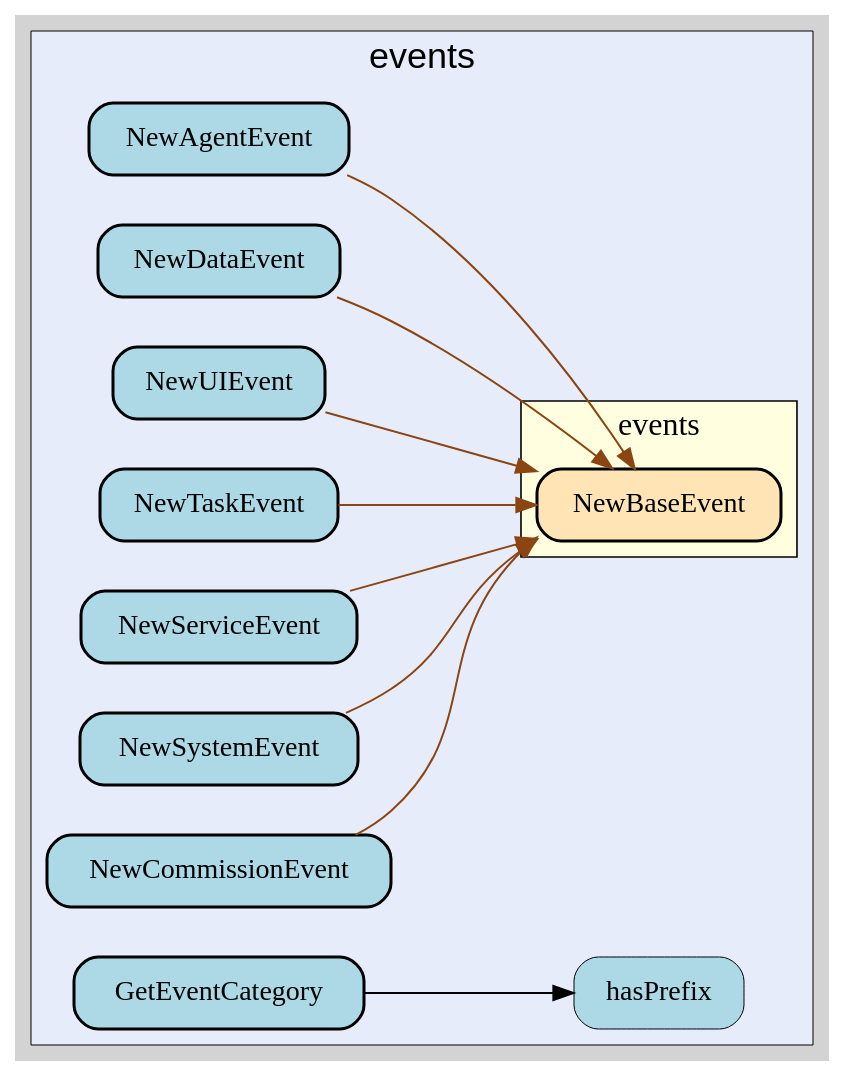
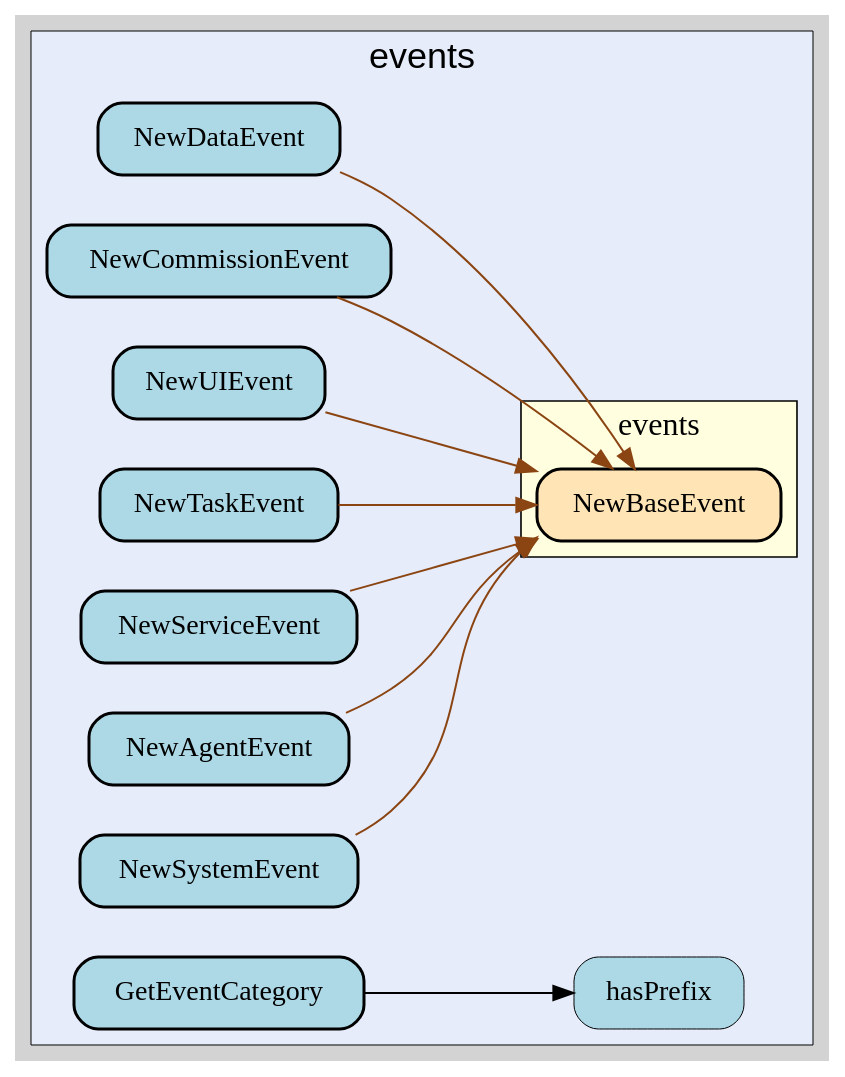
One commit to lancekrogers/guild-core changed the diagram in docs/images/callgraphs/internal-integration-events.gv. Above: the diagram before and after it, drawn with Graphviz. The commit also changed 289 other files, not shown here.

```diff
--- a/docs/images/callgraphs/internal-integration-events.gv
+++ b/docs/images/callgraphs/internal-integration-events.gv
@@ -1,58 +1,58 @@
 digraph gocallvis {
     label="";
     labeljust="l";
     fontname="Arial";
     fontsize="14";
     rankdir="LR";
     bgcolor="lightgray";
     style="solid";
     penwidth="0.5";
     pad="0.0";
     nodesep="0.35";
 
     node [shape="box" style="filled,rounded" fillcolor="honeydew" fontname="Verdana" penwidth="1.0" margin="0.16,0.0"];
     edge [minlen="2"]
 
     subgraph "cluster_focus" {
-        bgcolor="#e6ecfa";
-label="events";
+        label="events";
 labelloc="t";
 labeljust="c";
 fontsize="18";
+bgcolor="#e6ecfa";
         
-        "github.com/guild-framework/guild-core/internal/integration/events.NewDataEvent" [ penwidth="1.5" tooltip="github.com/guild-framework/guild-core/internal/integration/events.NewDataEvent | defined in schemas.go:135\nat schemas.go:146: calling [github.com/guild-framework/guild-core/pkg/events.NewBaseEvent]" fillcolor="lightblue" label="NewDataEvent" ]
+        "github.com/guild-framework/guild-core/internal/integration/events.NewCommissionEvent" [ penwidth="1.5" tooltip="github.com/guild-framework/guild-core/internal/integration/events.NewCommissionEvent | defined in schemas.go:187\nat schemas.go:194: calling [github.com/guild-framework/guild-core/pkg/events.NewBaseEvent]" fillcolor="lightblue" label="NewCommissionEvent" ]
         "github.com/guild-framework/guild-core/internal/integration/events.NewUIEvent" [ fillcolor="lightblue" label="NewUIEvent" penwidth="1.5" tooltip="github.com/guild-framework/guild-core/internal/integration/events.NewUIEvent | defined in schemas.go:203\nat schemas.go:210: calling [github.com/guild-framework/guild-core/pkg/events.NewBaseEvent]" ]
         "github.com/guild-framework/guild-core/internal/integration/events.NewTaskEvent" [ label="NewTaskEvent" penwidth="1.5" tooltip="github.com/guild-framework/guild-core/internal/integration/events.NewTaskEvent | defined in schemas.go:155\nat schemas.go:162: calling [github.com/guild-framework/guild-core/pkg/events.NewBaseEvent]" fillcolor="lightblue" ]
         "github.com/guild-framework/guild-core/internal/integration/events.NewServiceEvent" [ fillcolor="lightblue" label="NewServiceEvent" penwidth="1.5" tooltip="github.com/guild-framework/guild-core/internal/integration/events.NewServiceEvent | defined in schemas.go:119\nat schemas.go:126: calling [github.com/guild-framework/guild-core/pkg/events.NewBaseEvent]" ]
-        "github.com/guild-framework/guild-core/internal/integration/events.NewSystemEvent" [ fillcolor="lightblue" label="NewSystemEvent" penwidth="1.5" tooltip="github.com/guild-framework/guild-core/internal/integration/events.NewSystemEvent | defined in schemas.go:219\nat schemas.go:227: calling [github.com/guild-framework/guild-core/pkg/events.NewBaseEvent]" ]
-        "github.com/guild-framework/guild-core/internal/integration/events.NewCommissionEvent" [ fillcolor="lightblue" label="NewCommissionEvent" penwidth="1.5" tooltip="github.com/guild-framework/guild-core/internal/integration/events.NewCommissionEvent | defined in schemas.go:187\nat schemas.go:194: calling [github.com/guild-framework/guild-core/pkg/events.NewBaseEvent]" ]
-        "github.com/guild-framework/guild-core/internal/integration/events.GetEventCategory" [ label="GetEventCategory" penwidth="1.5" tooltip="github.com/guild-framework/guild-core/internal/integration/events.GetEventCategory | defined in schemas.go:340\nat schemas.go:342: calling [github.com/guild-framework/guild-core/internal/integration/events.hasPrefix]\nat schemas.go:344: calling [github.com/guild-framework/guild-core/internal/integration/events.hasPrefix]\nat schemas.go:346: calling [github.com/guild-framework/guild-core/internal/integration/events.hasPrefix]\nat schemas.go:348: calling [github.com/guild-framework/guild-core/internal/integration/events.hasPrefix]\nat schemas.go:350: calling [github.com/guild-framework/guild-core/internal/integration/events.hasPrefix]\nat schemas.go:352: calling [github.com/guild-framework/guild-core/internal/integration/events.hasPrefix]\nat schemas.go:354: calling [github.com/guild-framework/guild-core/internal/integration/events.hasPrefix]\nat schemas.go:356: calling [github.com/guild-framework/guild-core/internal/integration/events.hasPrefix]\nat schemas.go:358: calling [github.com/guild-framework/guild-core/internal/integration/events.hasPrefix]" fillcolor="lightblue" ]
-        "github.com/guild-framework/guild-core/internal/integration/events.hasPrefix" [ label="hasPrefix" penwidth="0.5" tooltip="github.com/guild-framework/guild-core/internal/integration/events.hasPrefix | defined in schemas.go:365" fillcolor="lightblue" ]
-        "github.com/guild-framework/guild-core/internal/integration/events.NewAgentEvent" [ fillcolor="lightblue" label="NewAgentEvent" penwidth="1.5" tooltip="github.com/guild-framework/guild-core/internal/integration/events.NewAgentEvent | defined in schemas.go:171\nat schemas.go:178: calling [github.com/guild-framework/guild-core/pkg/events.NewBaseEvent]" ]
+        "github.com/guild-framework/guild-core/internal/integration/events.GetEventCategory" [ tooltip="github.com/guild-framework/guild-core/internal/integration/events.GetEventCategory | defined in schemas.go:340\nat schemas.go:342: calling [github.com/guild-framework/guild-core/internal/integration/events.hasPrefix]\nat schemas.go:344: calling [github.com/guild-framework/guild-core/internal/integration/events.hasPrefix]\nat schemas.go:346: calling [github.com/guild-framework/guild-core/internal/integration/events.hasPrefix]\nat schemas.go:348: calling [github.com/guild-framework/guild-core/internal/integration/events.hasPrefix]\nat schemas.go:350: calling [github.com/guild-framework/guild-core/internal/integration/events.hasPrefix]\nat schemas.go:352: calling [github.com/guild-framework/guild-core/internal/integration/events.hasPrefix]\nat schemas.go:354: calling [github.com/guild-framework/guild-core/internal/integration/events.hasPrefix]\nat schemas.go:356: calling [github.com/guild-framework/guild-core/internal/integration/events.hasPrefix]\nat schemas.go:358: calling [github.com/guild-framework/guild-core/internal/integration/events.hasPrefix]" fillcolor="lightblue" label="GetEventCategory" penwidth="1.5" ]
+        "github.com/guild-framework/guild-core/internal/integration/events.hasPrefix" [ fillcolor="lightblue" label="hasPrefix" penwidth="0.5" tooltip="github.com/guild-framework/guild-core/internal/integration/events.hasPrefix | defined in schemas.go:365" ]
+        "github.com/guild-framework/guild-core/internal/integration/events.NewAgentEvent" [ tooltip="github.com/guild-framework/guild-core/internal/integration/events.NewAgentEvent | defined in schemas.go:171\nat schemas.go:178: calling [github.com/guild-framework/guild-core/pkg/events.NewBaseEvent]" fillcolor="lightblue" label="NewAgentEvent" penwidth="1.5" ]
+        "github.com/guild-framework/guild-core/internal/integration/events.NewSystemEvent" [ tooltip="github.com/guild-framework/guild-core/internal/integration/events.NewSystemEvent | defined in schemas.go:219\nat schemas.go:227: calling [github.com/guild-framework/guild-core/pkg/events.NewBaseEvent]" fillcolor="lightblue" label="NewSystemEvent" penwidth="1.5" ]
+        "github.com/guild-framework/guild-core/internal/integration/events.NewDataEvent" [ fillcolor="lightblue" label="NewDataEvent" penwidth="1.5" tooltip="github.com/guild-framework/guild-core/internal/integration/events.NewDataEvent | defined in schemas.go:135\nat schemas.go:146: calling [github.com/guild-framework/guild-core/pkg/events.NewBaseEvent]" ]
         
         subgraph "cluster_github.com/guild-framework/guild-core/pkg/events" {
-        URL="/?f=github.com/guild-framework/guild-core/pkg/events";
+        style="filled";
+rank="sink";
 label="events";
+fillcolor="lightyellow";
+fontname="Tahoma bold";
+URL="/?f=github.com/guild-framework/guild-core/pkg/events";
 tooltip="package: github.com/guild-framework/guild-core/pkg/events";
 penwidth="0.8";
 fontsize="16";
-style="filled";
-fillcolor="lightyellow";
-fontname="Tahoma bold";
-rank="sink";
         
         "github.com/guild-framework/guild-core/pkg/events.NewBaseEvent" [ fillcolor="moccasin" label="NewBaseEvent" penwidth="1.5" tooltip="github.com/guild-framework/guild-core/pkg/events.NewBaseEvent | defined in core.go:77" ]
         
     }
 
     }
 
-    "github.com/guild-framework/guild-core/internal/integration/events.NewSystemEvent" -> "github.com/guild-framework/guild-core/pkg/events.NewBaseEvent" [ color="saddlebrown" tooltip="at schemas.go:227: calling [github.com/guild-framework/guild-core/pkg/events.NewBaseEvent]" ]
-    "github.com/guild-framework/guild-core/internal/integration/events.NewCommissionEvent" -> "github.com/guild-framework/guild-core/pkg/events.NewBaseEvent" [ color="saddlebrown" tooltip="at schemas.go:194: calling [github.com/guild-framework/guild-core/pkg/events.NewBaseEvent]" ]
+    "github.com/guild-framework/guild-core/internal/integration/events.NewTaskEvent" -> "github.com/guild-framework/guild-core/pkg/events.NewBaseEvent" [ tooltip="at schemas.go:162: calling [github.com/guild-framework/guild-core/pkg/events.NewBaseEvent]" color="saddlebrown" ]
+    "github.com/guild-framework/guild-core/internal/integration/events.NewServiceEvent" -> "github.com/guild-framework/guild-core/pkg/events.NewBaseEvent" [ tooltip="at schemas.go:126: calling [github.com/guild-framework/guild-core/pkg/events.NewBaseEvent]" color="saddlebrown" ]
     "github.com/guild-framework/guild-core/internal/integration/events.GetEventCategory" -> "github.com/guild-framework/guild-core/internal/integration/events.hasPrefix" [ tooltip="at schemas.go:342: calling [github.com/guild-framework/guild-core/internal/integration/events.hasPrefix]\nat schemas.go:344: calling [github.com/guild-framework/guild-core/internal/integration/events.hasPrefix]\nat schemas.go:346: calling [github.com/guild-framework/guild-core/internal/integration/events.hasPrefix]\nat schemas.go:348: calling [github.com/guild-framework/guild-core/internal/integration/events.hasPrefix]\nat schemas.go:350: calling [github.com/guild-framework/guild-core/internal/integration/events.hasPrefix]\nat schemas.go:352: calling [github.com/guild-framework/guild-core/internal/integration/events.hasPrefix]\nat schemas.go:354: calling [github.com/guild-framework/guild-core/internal/integration/events.hasPrefix]\nat schemas.go:356: calling [github.com/guild-framework/guild-core/internal/integration/events.hasPrefix]\nat schemas.go:358: calling [github.com/guild-framework/guild-core/internal/integration/events.hasPrefix]" ]
     "github.com/guild-framework/guild-core/internal/integration/events.NewAgentEvent" -> "github.com/guild-framework/guild-core/pkg/events.NewBaseEvent" [ color="saddlebrown" tooltip="at schemas.go:178: calling [github.com/guild-framework/guild-core/pkg/events.NewBaseEvent]" ]
+    "github.com/guild-framework/guild-core/internal/integration/events.NewSystemEvent" -> "github.com/guild-framework/guild-core/pkg/events.NewBaseEvent" [ color="saddlebrown" tooltip="at schemas.go:227: calling [github.com/guild-framework/guild-core/pkg/events.NewBaseEvent]" ]
     "github.com/guild-framework/guild-core/internal/integration/events.NewDataEvent" -> "github.com/guild-framework/guild-core/pkg/events.NewBaseEvent" [ color="saddlebrown" tooltip="at schemas.go:146: calling [github.com/guild-framework/guild-core/pkg/events.NewBaseEvent]" ]
+    "github.com/guild-framework/guild-core/internal/integration/events.NewCommissionEvent" -> "github.com/guild-framework/guild-core/pkg/events.NewBaseEvent" [ color="saddlebrown" tooltip="at schemas.go:194: calling [github.com/guild-framework/guild-core/pkg/events.NewBaseEvent]" ]
     "github.com/guild-framework/guild-core/internal/integration/events.NewUIEvent" -> "github.com/guild-framework/guild-core/pkg/events.NewBaseEvent" [ color="saddlebrown" tooltip="at schemas.go:210: calling [github.com/guild-framework/guild-core/pkg/events.NewBaseEvent]" ]
-    "github.com/guild-framework/guild-core/internal/integration/events.NewTaskEvent" -> "github.com/guild-framework/guild-core/pkg/events.NewBaseEvent" [ color="saddlebrown" tooltip="at schemas.go:162: calling [github.com/guild-framework/guild-core/pkg/events.NewBaseEvent]" ]
-    "github.com/guild-framework/guild-core/internal/integration/events.NewServiceEvent" -> "github.com/guild-framework/guild-core/pkg/events.NewBaseEvent" [ color="saddlebrown" tooltip="at schemas.go:126: calling [github.com/guild-framework/guild-core/pkg/events.NewBaseEvent]" ]
 }
```
